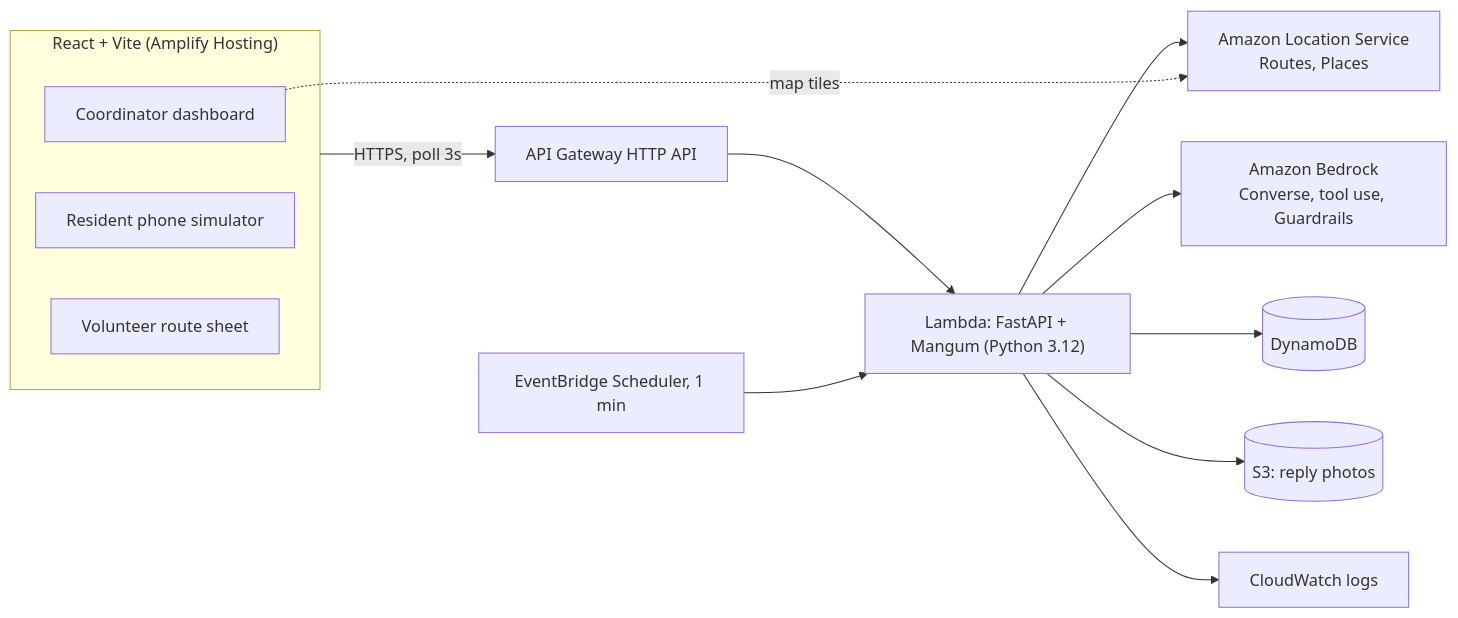
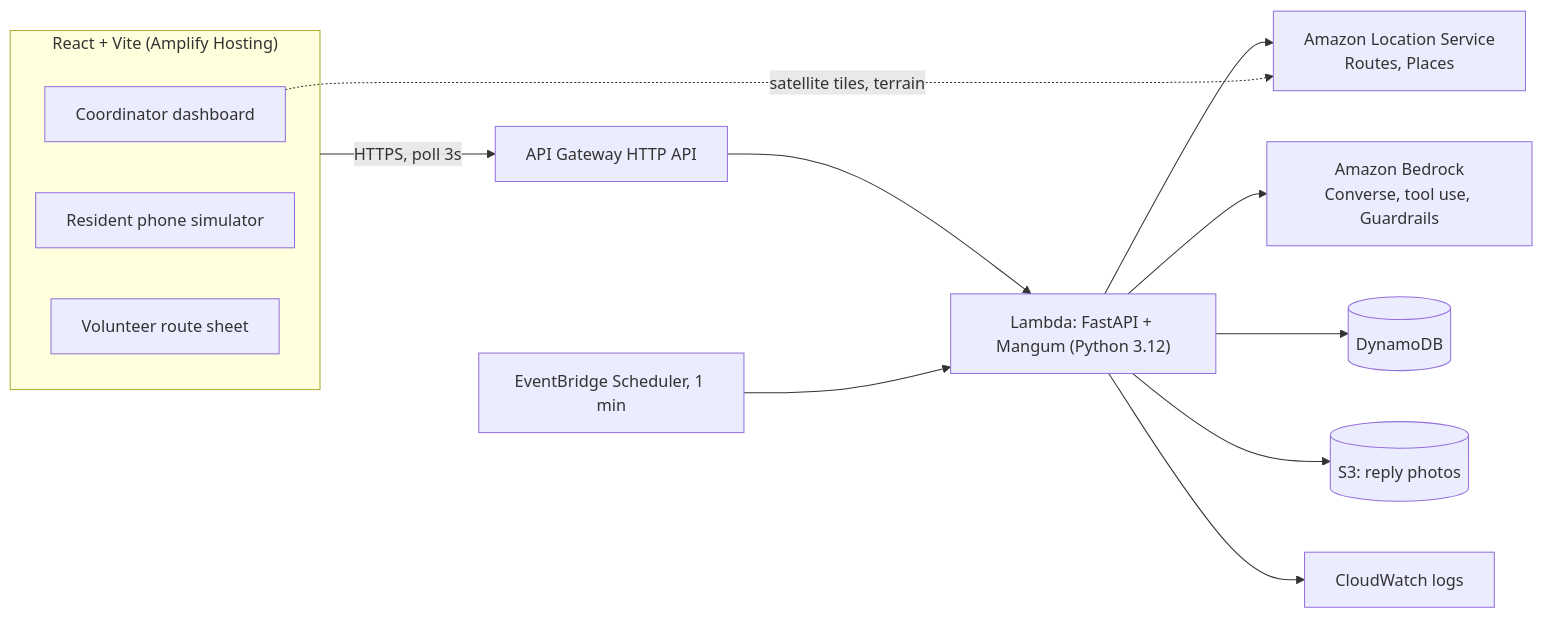
Before and after one commit to harbul/Spartan-hack: the diagram in docs/PLAN.md, drawn with Mermaid. The commit also changed other lines of this file and 1 other file, not shown here.

First line of the commit message:
Rework plan around a 3D satellite command center and incident timeline

````diff
--- a/docs/PLAN.md
+++ b/docs/PLAN.md
@@ -213,17 +228,17 @@
 ```mermaid
 flowchart LR
   subgraph Web["React + Vite (Amplify Hosting)"]
     D[Coordinator dashboard]
     P[Resident phone simulator]
     V[Volunteer route sheet]
   end
   Web -->|HTTPS, poll 3s| APIGW[API Gateway HTTP API]
   APIGW --> L["Lambda: FastAPI + Mangum (Python 3.12)"]
   L --> BR[Amazon Bedrock<br/>Converse, tool use, Guardrails]
   L --> LOC[Amazon Location Service<br/>Routes, Places]
   L --> DDB[(DynamoDB)]
   L --> S3[(S3: reply photos)]
   EB[EventBridge Scheduler, 1 min] --> L
-  D -.map tiles.-> LOC
+  D -.satellite tiles, terrain.-> LOC
   L --> CW[CloudWatch logs]
 ```
````
